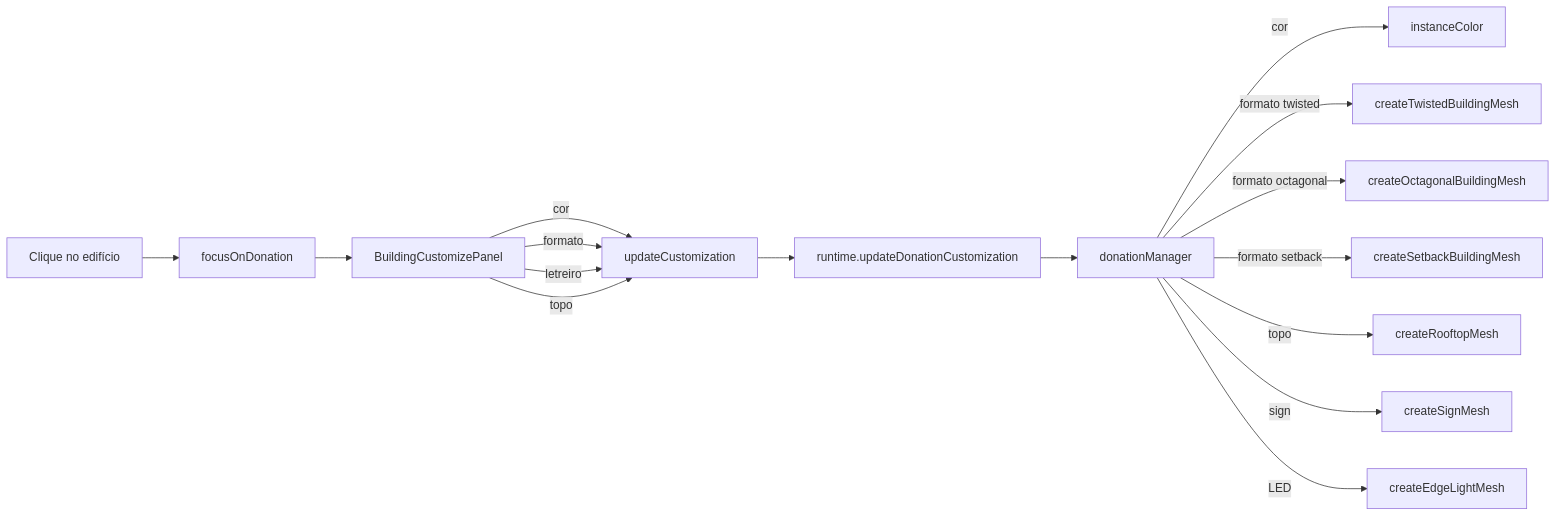
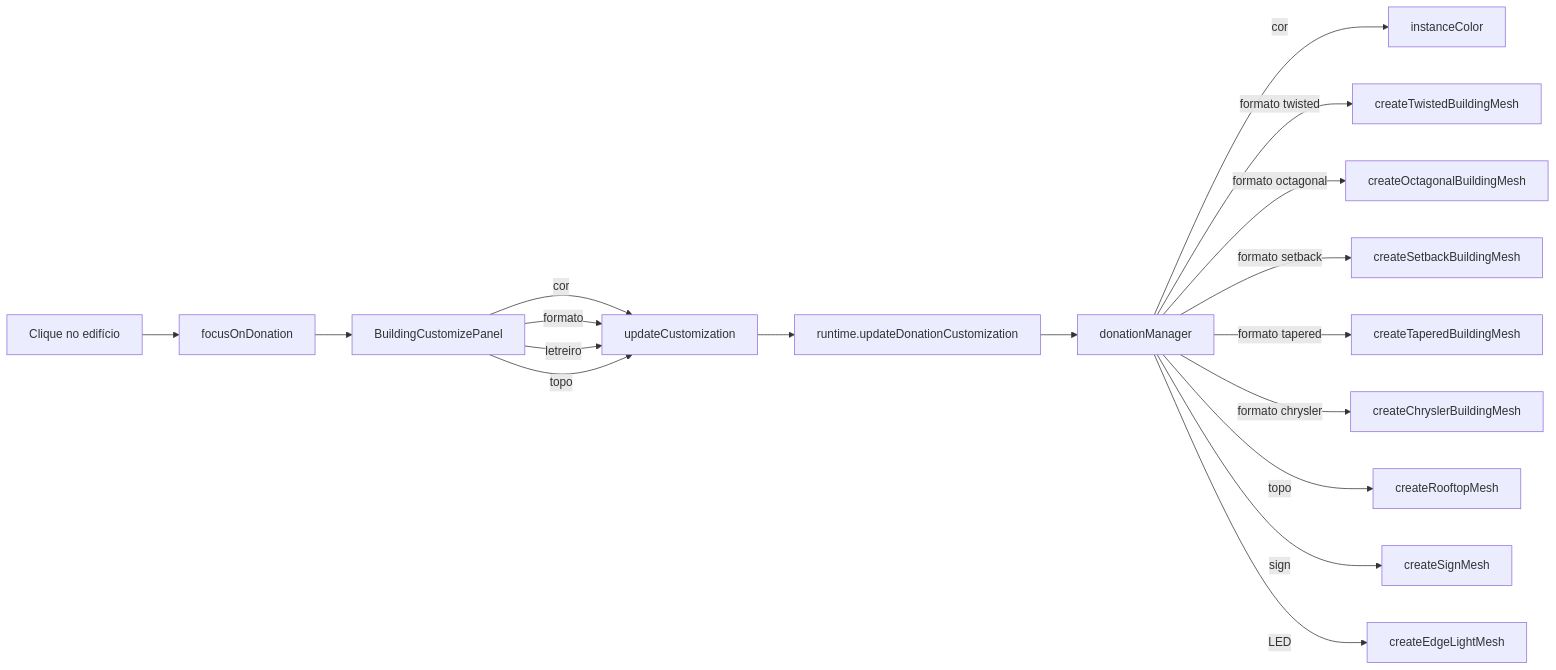
Before and after one commit to RaeII/pixcity: the second of 2 diagrams in doc-pixcity/index.md, drawn with Mermaid. The commit also changed other lines of this file and 8 other files, not shown here.

Commit message:
feat: add chrysler-inspired building shape

````diff
--- a/doc-pixcity/index.md
+++ b/doc-pixcity/index.md
@@ -187,18 +192,20 @@
 ```mermaid
 flowchart LR
     Click[Clique no edifício] --> Focus[focusOnDonation]
     Focus --> Panel[BuildingCustomizePanel]
     Panel --> |cor| UC[updateCustomization]
     Panel --> |formato| UC
     Panel --> |letreiro| UC
     Panel --> |topo| UC
     UC --> Runtime[runtime.updateDonationCustomization]
     Runtime --> DM[donationManager]
     DM --> |cor| IC[instanceColor]
     DM --> |formato twisted| TW[createTwistedBuildingMesh]
     DM --> |formato octagonal| OC[createOctagonalBuildingMesh]
     DM --> |formato setback| SB[createSetbackBuildingMesh]
+    DM --> |formato tapered| TP[createTaperedBuildingMesh]
+    DM --> |formato chrysler| CH[createChryslerBuildingMesh]
     DM --> |topo| RM[createRooftopMesh]
     DM --> |sign| SM[createSignMesh]
     DM --> |LED| EL[createEdgeLightMesh]
 ```
````
